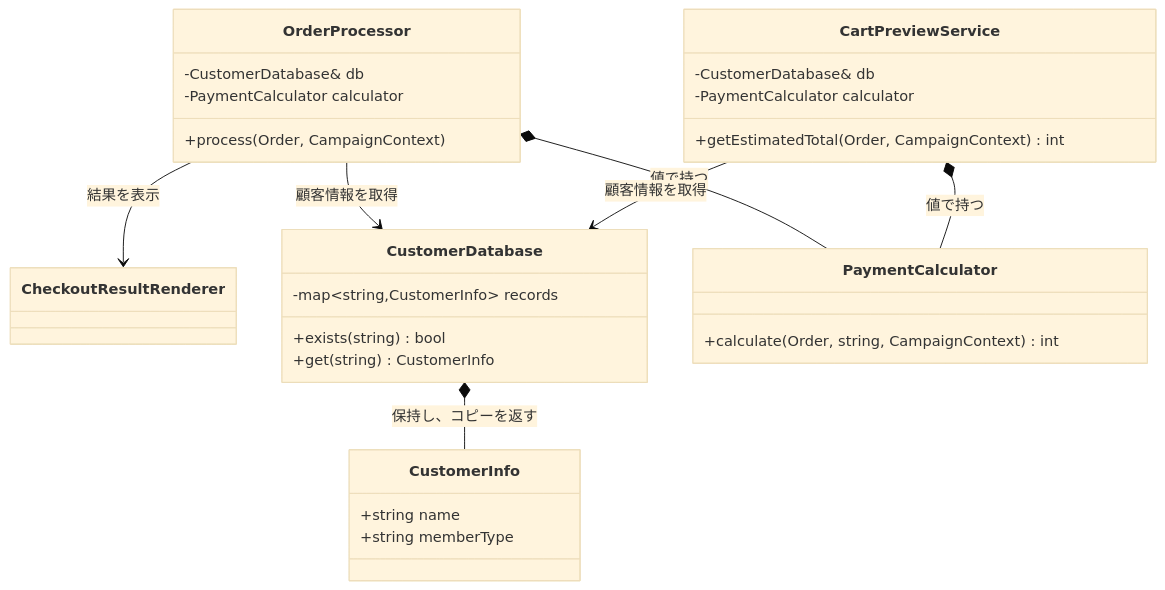
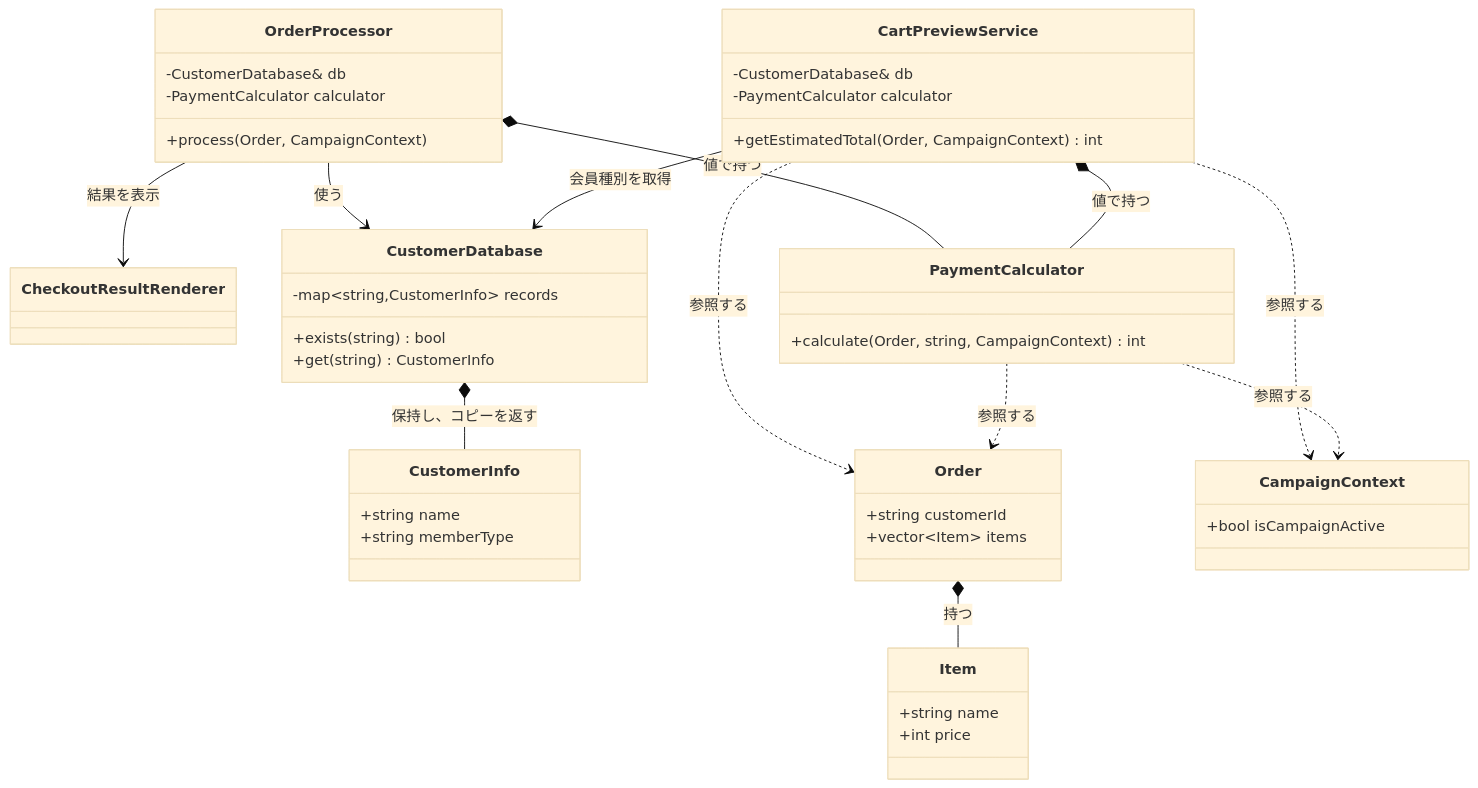
One commit to kumachan1101-pixel/DesignPattern changed the third of 18 diagrams in kindle/design-patterns/books/volume01-core-patterns/output/03-chapter01.md. Above: the diagram before and after it, drawn with Mermaid (base theme). The commit also changed other lines of this file and 6 other files, not shown here.

````diff
--- a/kindle/design-patterns/books/volume01-core-patterns/output/03-chapter01.md
+++ b/kindle/design-patterns/books/volume01-core-patterns/output/03-chapter01.md
@@ -295,34 +267,50 @@
 ```mermaid
 classDiagram
     direction TB
     class CheckoutResultRenderer
     class CustomerDatabase {
         -map~string,CustomerInfo~ records
         +exists(string) bool
         +get(string) CustomerInfo
     }
     class CustomerInfo {
         +string name
         +string memberType
     }
     class OrderProcessor {
         -CustomerDatabase& db
         -PaymentCalculator calculator
         +process(Order, CampaignContext)
     }
     class PaymentCalculator {
         +calculate(Order, string, CampaignContext) int
     }
     class CartPreviewService {
         -CustomerDatabase& db
         -PaymentCalculator calculator
         +getEstimatedTotal(Order, CampaignContext) int
     }
+    class Order {
+        +string customerId
+        +vector~Item~ items
+    }
+    class Item {
+        +string name
+        +int price
+    }
+    class CampaignContext {
+        +bool isCampaignActive
+    }
 
-    OrderProcessor --> CustomerDatabase : 顧客情報を取得
+    OrderProcessor --> CustomerDatabase : 使う
     OrderProcessor *-- PaymentCalculator : 値で持つ
     OrderProcessor --> CheckoutResultRenderer : 結果を表示
     CustomerDatabase *-- CustomerInfo : 保持し、コピーを返す
-    CartPreviewService --> CustomerDatabase : 顧客情報を取得
+    CartPreviewService --> CustomerDatabase : 会員種別を取得
     CartPreviewService *-- PaymentCalculator : 値で持つ
+    CartPreviewService ..> Order : 参照する
+    CartPreviewService ..> CampaignContext : 参照する
+    PaymentCalculator ..> Order : 参照する
+    PaymentCalculator ..> CampaignContext : 参照する
+    Order *-- Item : 持つ
 ```
````
